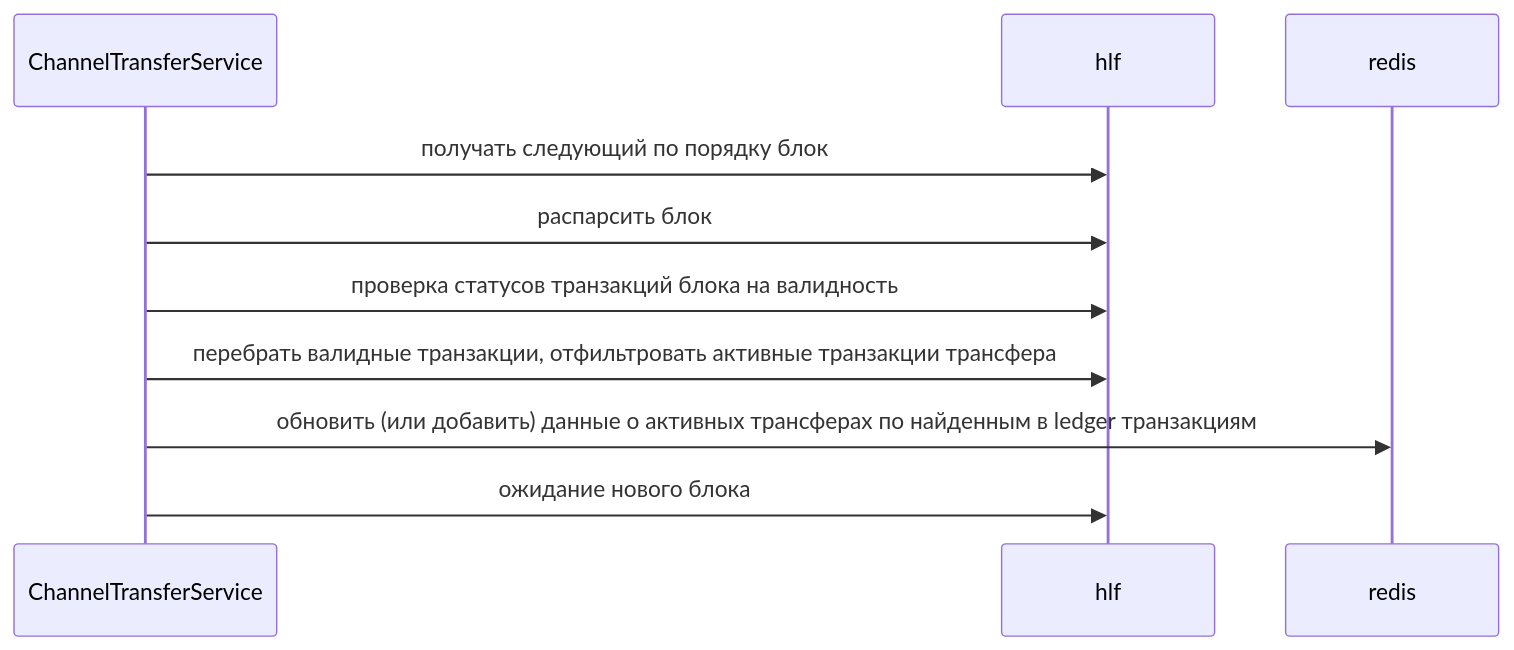
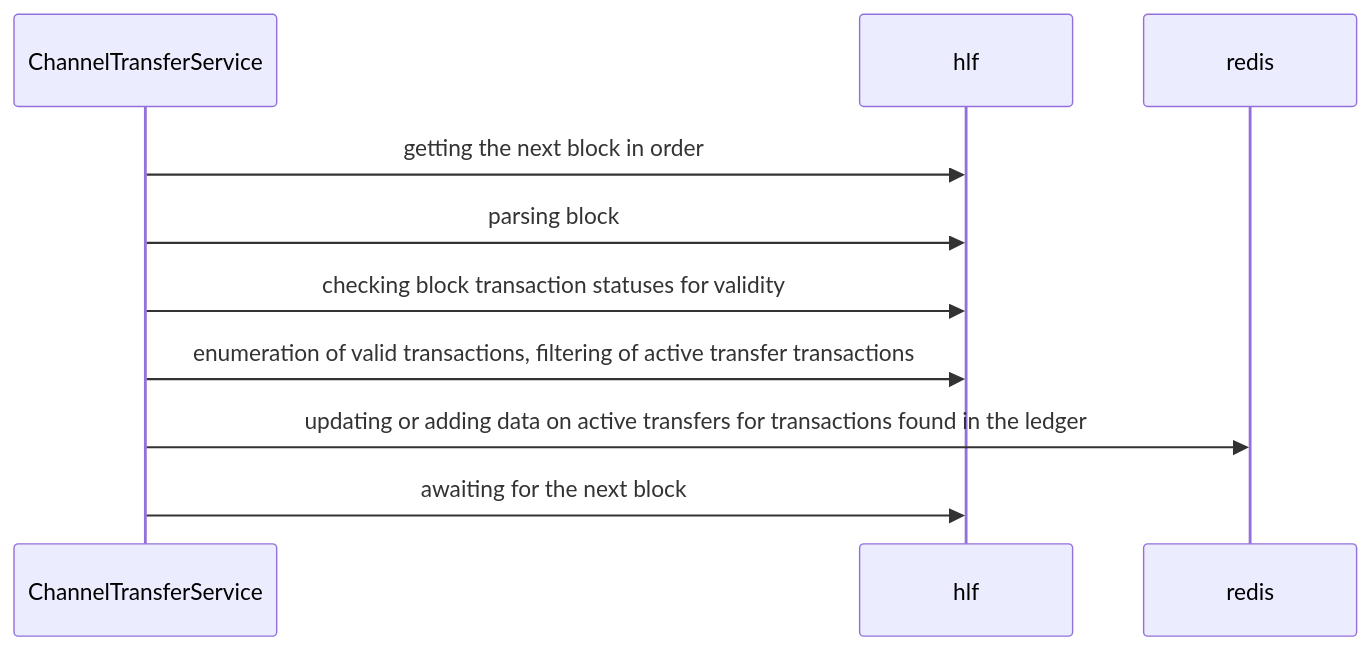
The second of 11 diagrams in doc/channelTransferService.md (anoideaopen/channel-transfer), drawn with Mermaid before and after one commit. The commit also changed other lines of this file and 71 other files, not shown here.

````diff
--- a/doc/channelTransferService.md
+++ b/doc/channelTransferService.md
@@ -22,10 +21,10 @@
 ```mermaid
 sequenceDiagram
-    ChannelTransferService ->> hlf: получать следующий по порядку блок
-    ChannelTransferService ->> hlf: распарсить блок
-    ChannelTransferService ->> hlf: проверка статусов транзакций блока на валидность
-    ChannelTransferService ->> hlf: перебрать валидные транзакции, отфильтровать активные транзакции трансфера
-    ChannelTransferService ->> redis: обновить (или добавить) данные о активных трансферах по найденным в ledger транзакциям
-    ChannelTransferService ->> hlf: ожидание нового блока
+    ChannelTransferService ->> hlf: getting the next block in order
+    ChannelTransferService ->> hlf: parsing block
+    ChannelTransferService ->> hlf: checking block transaction statuses for validity
+    ChannelTransferService ->> hlf: enumeration of valid transactions, filtering of active transfer transactions
+    ChannelTransferService ->> redis: updating or adding data on active transfers for transactions found in the ledger
+    ChannelTransferService ->> hlf: awaiting for the next block
 
 ```
````
